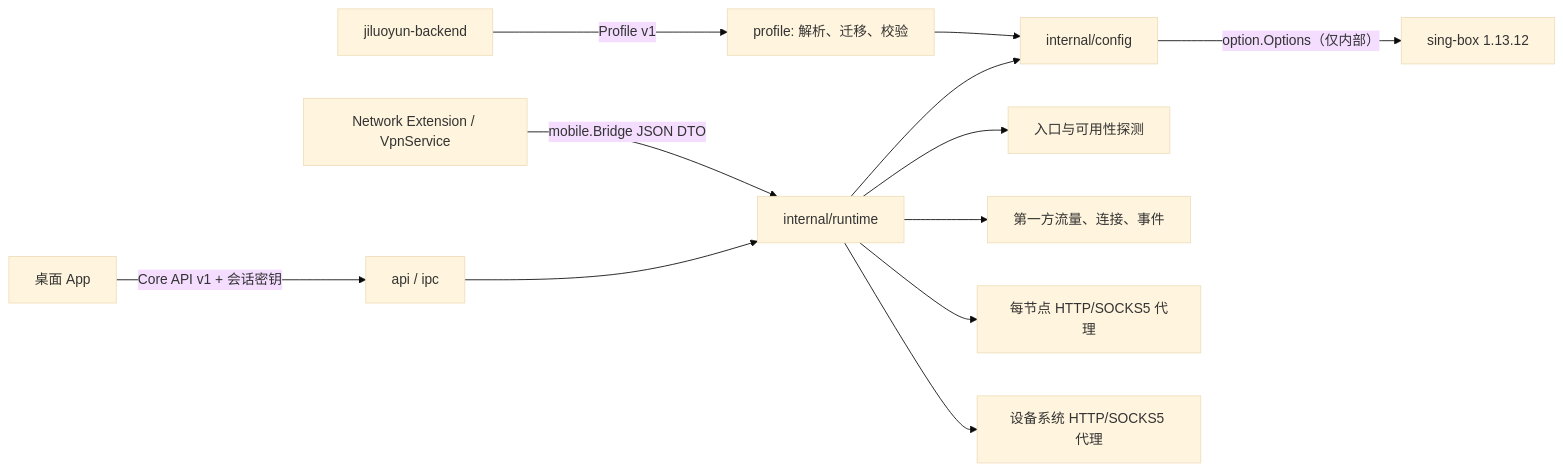
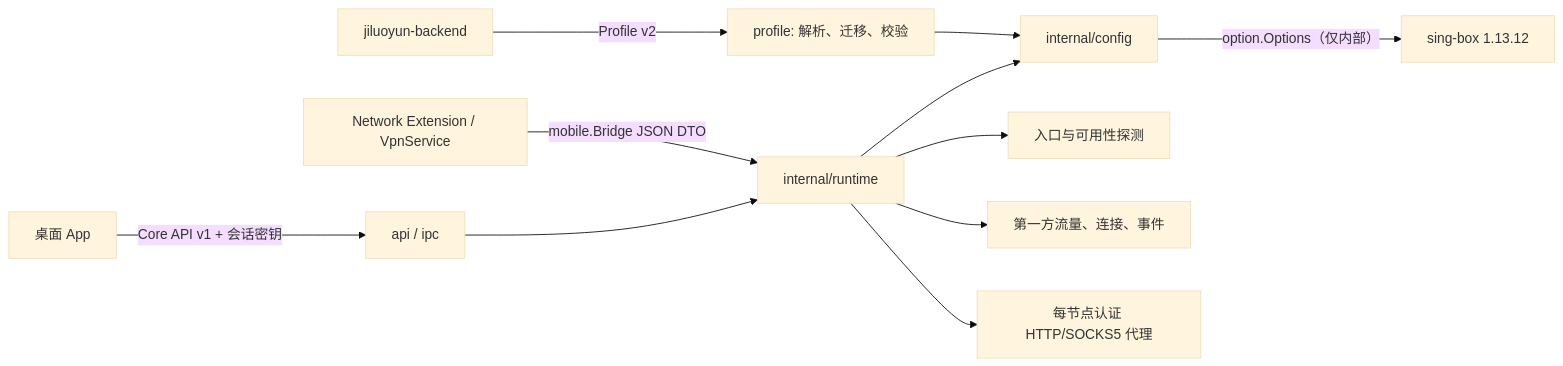
Before and after one commit to peakpassvpn/ppvpn-core: the first of 2 diagrams in docs/architecture.md, drawn with Mermaid (base theme). The commit also changed other lines of this file and 42 other files, not shown here.

````diff
--- a/docs/architecture.md
+++ b/docs/architecture.md
@@ -7,14 +7,13 @@
 ```mermaid
 flowchart LR
-  Backend["jiluoyun-backend"] -->|"Profile v1"| Profile["profile: 解析、迁移、校验"]
+  Backend["jiluoyun-backend"] -->|"Profile v2"| Profile["profile: 解析、迁移、校验"]
   Desktop["桌面 App"] -->|"Core API v1 + 会话密钥"| API["api / ipc"]
   Mobile["Network Extension / VpnService"] -->|"mobile.Bridge JSON DTO"| Runtime["internal/runtime"]
   API --> Runtime
   Profile --> Builder["internal/config"]
   Runtime --> Builder
   Builder -->|"option.Options（仅内部）"| SingBox["sing-box 1.13.12"]
   Runtime --> Probe["入口与可用性探测"]
   Runtime --> Telemetry["第一方流量、连接、事件"]
-  Runtime --> LocalProxy["每节点 HTTP/SOCKS5 代理"]
-  Runtime --> SystemProxy["设备系统 HTTP/SOCKS5 代理"]
+  Runtime --> LocalProxy["每节点认证 HTTP/SOCKS5 代理"]
 ```
````
